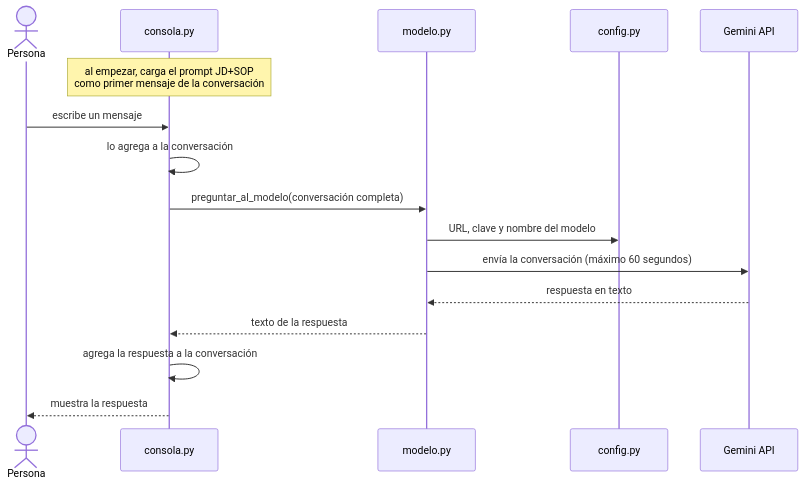
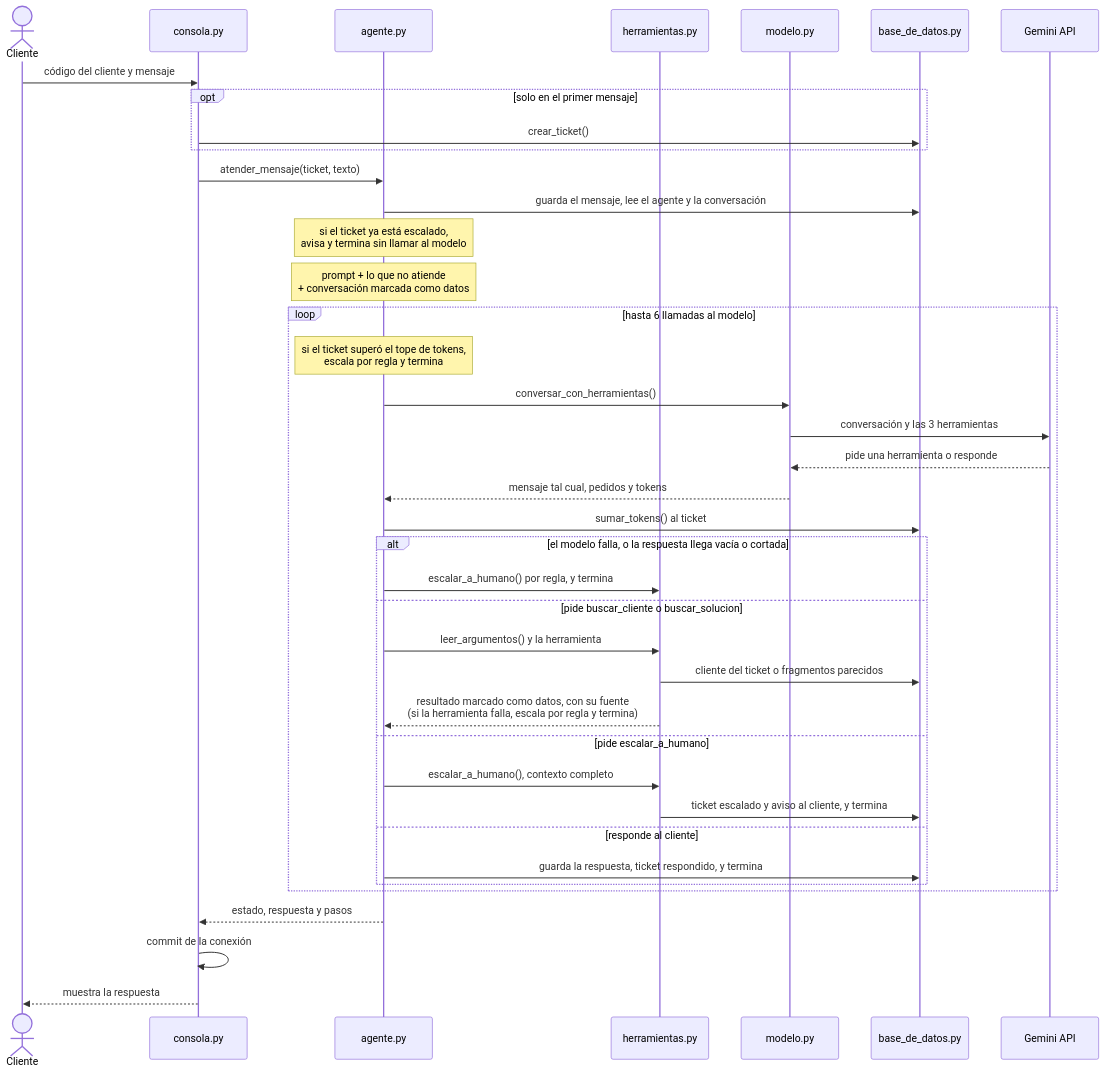
One commit to edgardo001/ai-agent-manager-estudio-aiam-certiprof-studio changed the second of 5 diagrams in estudio/proyecto-agente/agente-soporte-n1/docs/diagramas-del-codigo.md. Above: the diagram before and after it, drawn with Mermaid. The commit also changed other lines of this file and 15 other files, not shown here.

Commit message:
docs(agente): documenta la etapa 3, sus revisiones, los proveedores y las decisiones D11 a D15

````diff
--- a/estudio/proyecto-agente/agente-soporte-n1/docs/diagramas-del-codigo.md
+++ b/estudio/proyecto-agente/agente-soporte-n1/docs/diagramas-del-codigo.md
@@ -81,19 +85,42 @@
 ```mermaid
 sequenceDiagram
-    actor P as Persona
+    actor P as Cliente
     participant C as consola.py
+    participant A as agente.py
+    participant H as herramientas.py
     participant M as modelo.py
-    participant F as config.py
+    participant B as base_de_datos.py
     participant G as Gemini API
 
-    Note over C: al empezar, carga el prompt JD+SOP<br/>como primer mensaje de la conversación
-    P->>C: escribe un mensaje
-    C->>C: lo agrega a la conversación
-    C->>M: preguntar_al_modelo(conversación completa)
-    M->>F: URL, clave y nombre del modelo
-    M->>G: envía la conversación (máximo 60 segundos)
-    G-->>M: respuesta en texto
-    M-->>C: texto de la respuesta
-    C->>C: agrega la respuesta a la conversación
+    P->>C: código del cliente y mensaje
+    opt solo en el primer mensaje
+        C->>B: crear_ticket()
+    end
+    C->>A: atender_mensaje(ticket, texto)
+    A->>B: guarda el mensaje, lee el agente y la conversación
+    Note over A: si el ticket ya está escalado,<br/>avisa y termina sin llamar al modelo
+    Note over A: prompt + lo que no atiende<br/>+ conversación marcada como datos
+    loop hasta 6 llamadas al modelo
+        Note over A: si el ticket superó el tope de tokens,<br/>escala por regla y termina
+        A->>M: conversar_con_herramientas()
+        M->>G: conversación y las 3 herramientas
+        G-->>M: pide una herramienta o responde
+        M-->>A: mensaje tal cual, pedidos y tokens
+        A->>B: sumar_tokens() al ticket
+        alt el modelo falla, o la respuesta llega vacía o cortada
+            A->>H: escalar_a_humano() por regla, y termina
+        else pide buscar_cliente o buscar_solucion
+            A->>H: leer_argumentos() y la herramienta
+            H->>B: cliente del ticket o fragmentos parecidos
+            H-->>A: resultado marcado como datos, con su fuente<br/>(si la herramienta falla, escala por regla y termina)
+        else pide escalar_a_humano
+            A->>H: escalar_a_humano(), contexto completo
+            H->>B: ticket escalado y aviso al cliente, y termina
+        else responde al cliente
+            A->>B: guarda la respuesta, ticket respondido, y termina
+        end
+    end
+    A-->>C: estado, respuesta y pasos
+    C->>C: commit de la conexión
     C-->>P: muestra la respuesta
 ```
````
